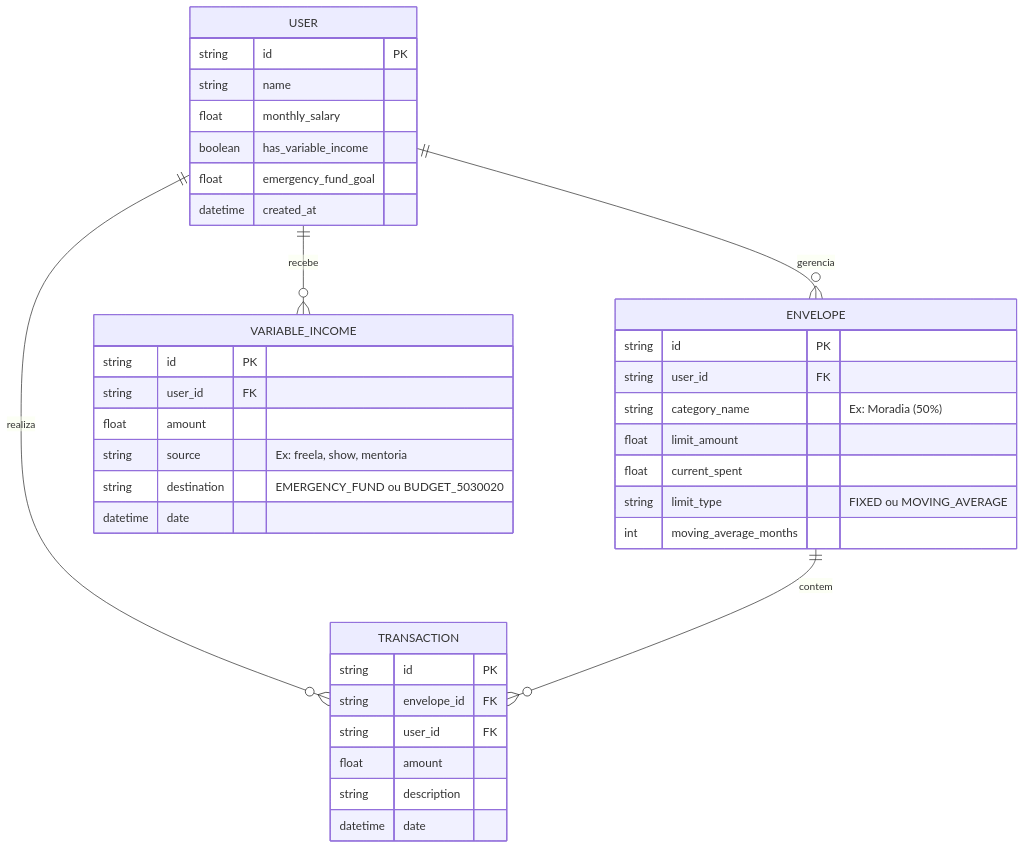
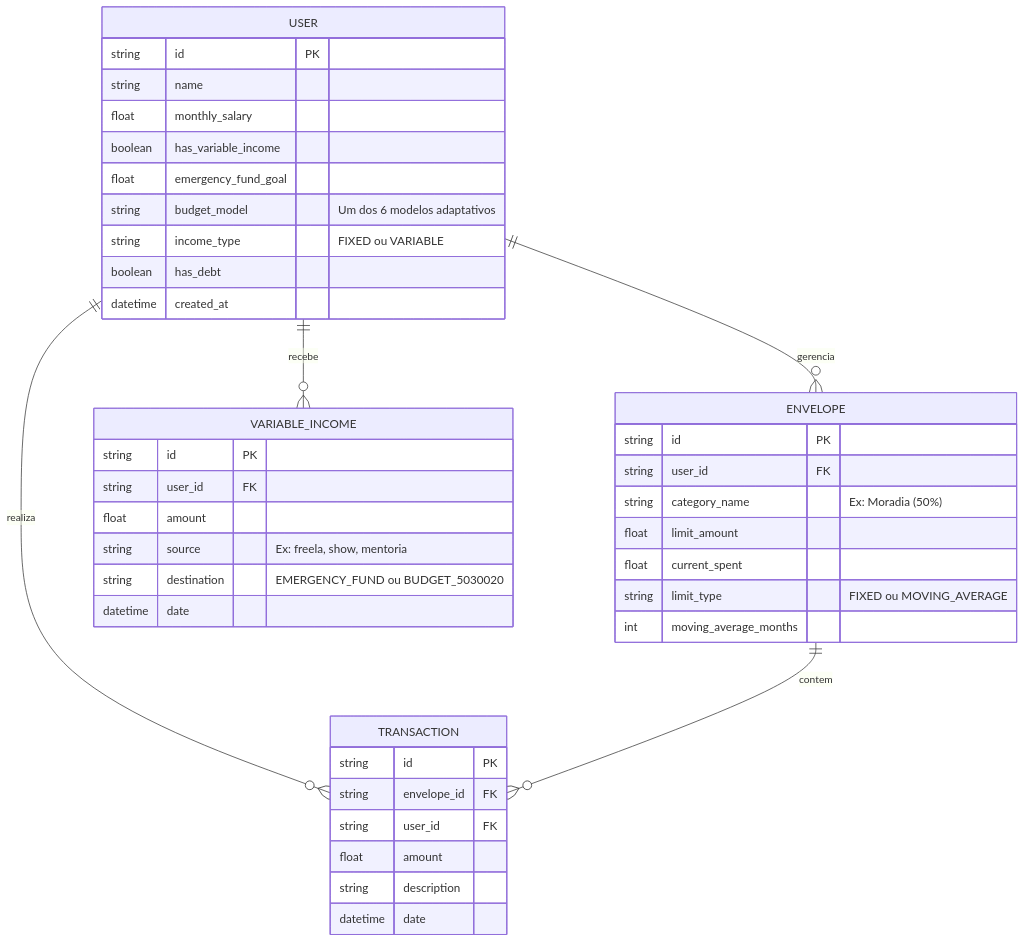
The first of 6 diagrams in docs/DATA_MODEL.md (luizaleblanc/organiza-ai), drawn with Mermaid before and after one commit. The commit also changed other lines of this file, not shown here.

Commit message:
docs: atualizar modelagem de dados com modelos de orçamento

````diff
--- a/docs/DATA_MODEL.md
+++ b/docs/DATA_MODEL.md
@@ -19,44 +19,47 @@
 ```mermaid
 erDiagram
     USER ||--o{ ENVELOPE : gerencia
     USER ||--o{ TRANSACTION : realiza
     USER ||--o{ VARIABLE_INCOME : recebe
     ENVELOPE ||--o{ TRANSACTION : contem
 
     USER {
         string id PK
         string name
         float monthly_salary
         boolean has_variable_income
         float emergency_fund_goal
+        string budget_model "Um dos 6 modelos adaptativos"
+        string income_type "FIXED ou VARIABLE"
+        boolean has_debt
         datetime created_at
     }
 
     ENVELOPE {
         string id PK
         string user_id FK
         string category_name "Ex: Moradia (50%)"
         float limit_amount
         float current_spent
         string limit_type "FIXED ou MOVING_AVERAGE"
         int moving_average_months
     }
 
     TRANSACTION {
         string id PK
         string envelope_id FK
         string user_id FK
         float amount
         string description
         datetime date
     }
 
     VARIABLE_INCOME {
         string id PK
         string user_id FK
         float amount
         string source "Ex: freela, show, mentoria"
         string destination "EMERGENCY_FUND ou BUDGET_5030020"
         datetime date
     }
 ```
````
